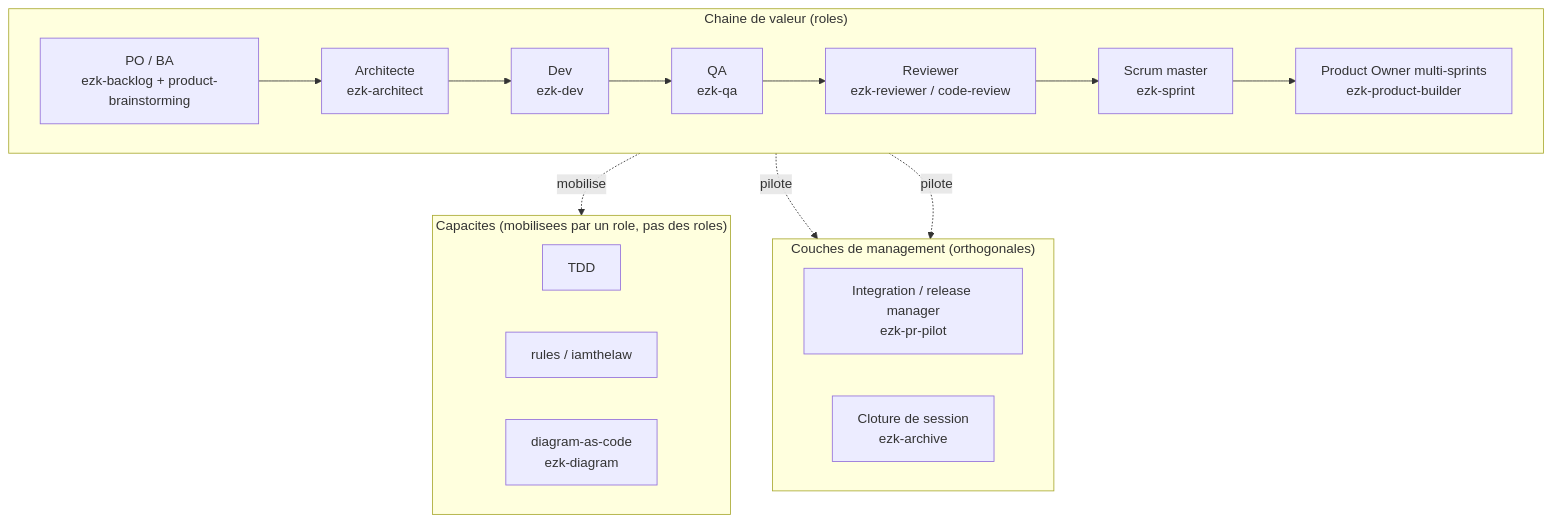
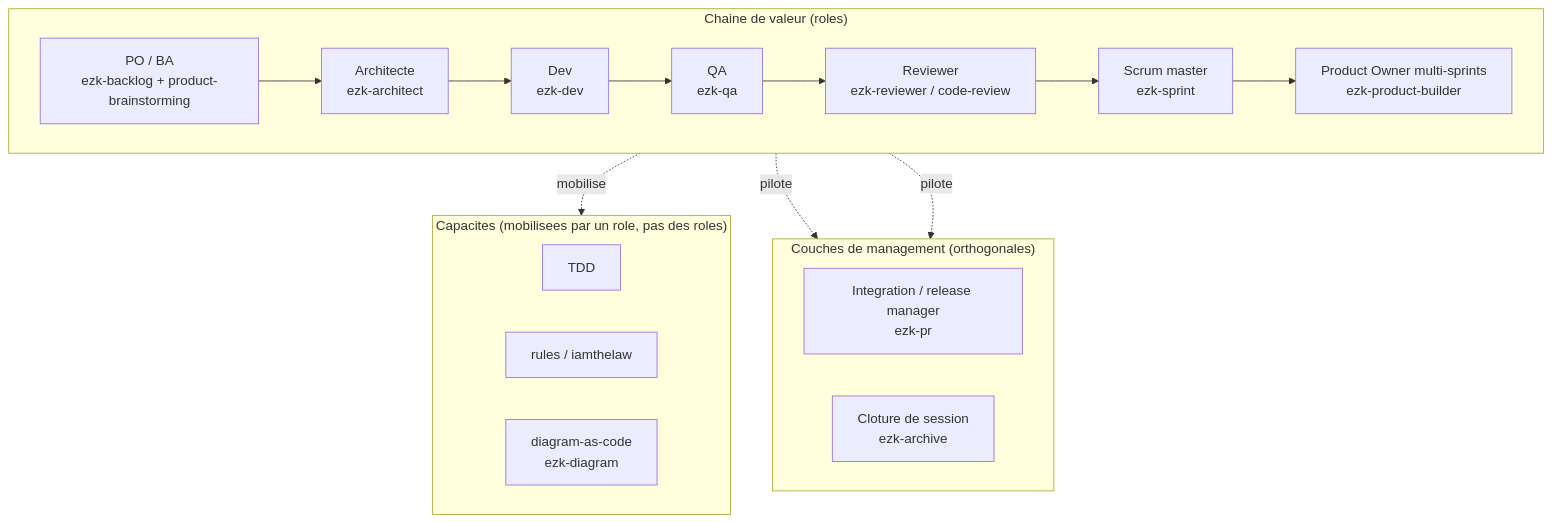
One commit to elzinko/vectorz changed the diagram in products/mega-city/diagrams/0028-org-chart-roles/diagram.mmd. Above: the diagram before and after it, drawn with Mermaid. The commit also changed 53 other files, not shown here.

First line of the commit message:
refactor(method): 4 bandes + rename ezk-pr-pilot→ezk-pr, ezk-tdd→ezk-dev (#158)

```diff
--- a/products/mega-city/diagrams/0028-org-chart-roles/diagram.mmd
+++ b/products/mega-city/diagrams/0028-org-chart-roles/diagram.mmd
@@ -1,24 +1,24 @@
 flowchart TB
   subgraph VC["Chaine de valeur (roles)"]
     direction LR
     POBA["PO / BA<br/>ezk-backlog + product-brainstorming"] --> ARCH["Architecte<br/>ezk-architect"]
     ARCH --> DEV["Dev<br/>ezk-dev"]
     DEV --> QA["QA<br/>ezk-qa"]
     QA --> REV["Reviewer<br/>ezk-reviewer / code-review"]
     REV --> SM["Scrum master<br/>ezk-sprint"]
     SM --> POM["Product Owner multi-sprints<br/>ezk-product-builder"]
   end
   subgraph MGMT["Couches de management (orthogonales)"]
     direction LR
-    IRM["Integration / release manager<br/>ezk-pr-pilot"]
+    IRM["Integration / release manager<br/>ezk-pr"]
     CLO["Cloture de session<br/>ezk-archive"]
   end
   subgraph CAP["Capacites (mobilisees par un role, pas des roles)"]
     direction LR
     TDD["TDD"]
     RULES["rules / iamthelaw"]
     DACAP["diagram-as-code<br/>ezk-diagram"]
   end
   DEV -. mobilise .-> TDD
   POM -. pilote .-> IRM
   POM -. pilote .-> CLO
```
